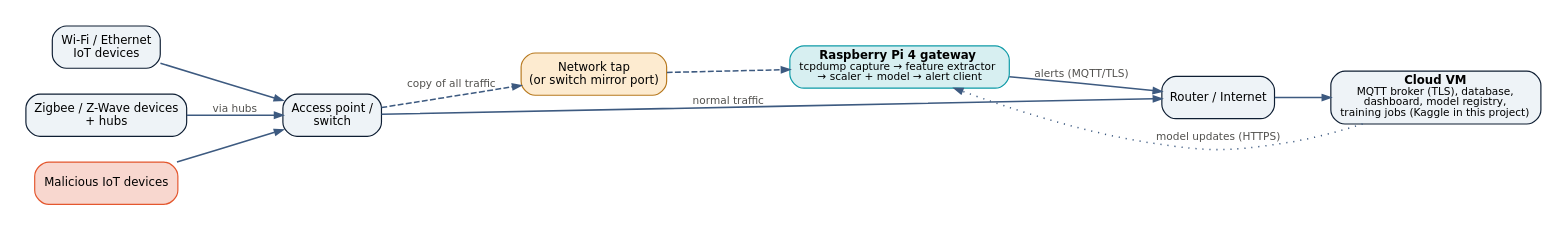
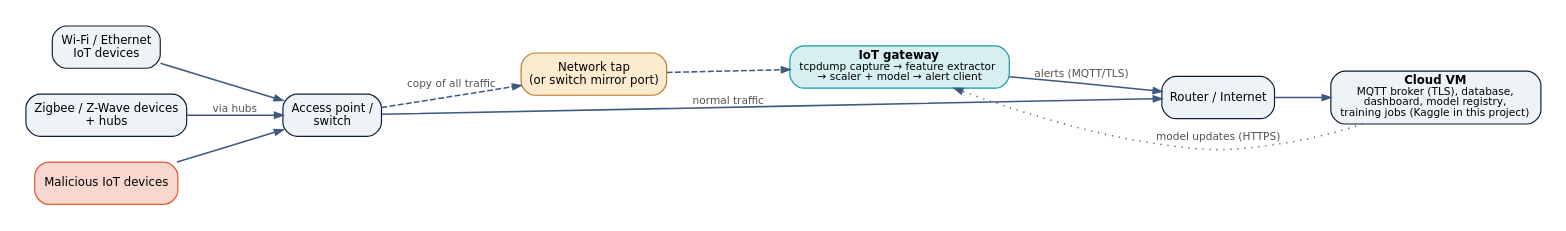
Before and after one commit to Dhruvsandilya0711/IoT_Mini_Project: the diagram in report/diagrams/integration.dot, drawn with Graphviz. The commit also changed 18 other files, not shown here.

```diff
--- a/report/diagrams/integration.dot
+++ b/report/diagrams/integration.dot
@@ -1,20 +1,20 @@
 digraph G {
   graph [rankdir=LR, bgcolor="#ffffff", pad=0.2, nodesep=0.3, ranksep=0.55, fontname="DejaVu Sans"];
   node  [fontname="DejaVu Sans", fontsize=10, color="#0E1E33", style="rounded,filled", fillcolor="#EEF3F7", shape=box];
   edge  [color="#3D5A80", penwidth=1.3, arrowsize=0.7, fontname="DejaVu Sans", fontsize=9, fontcolor="#52514e"];
   wifi [label="Wi-Fi / Ethernet\nIoT devices"];
   zig [label="Zigbee / Z-Wave devices\n+ hubs"];
   mal [label="Malicious IoT devices", fillcolor="#F8D7CF", color="#E4572E"];
   ap [label="Access point /\nswitch"];
   tap [label="Network tap\n(or switch mirror port)", fillcolor="#FDEBD0", color="#B7791F"];
-  pi [label=<<b>Raspberry Pi 4 gateway</b><br/><font point-size="9">tcpdump capture → feature extractor<br/>→ scaler + model → alert client</font>>, fillcolor="#D7EFF1", color="#0E9AA7"];
+  gw [label=<<b>IoT gateway</b><br/><font point-size="9">tcpdump capture → feature extractor<br/>→ scaler + model → alert client</font>>, fillcolor="#D7EFF1", color="#0E9AA7"];
   router [label="Router / Internet"];
   cloud [label=<<b>Cloud VM</b><br/><font point-size="9">MQTT broker (TLS), database,<br/>dashboard, model registry,<br/>training jobs (Kaggle in this project)</font>>];
   wifi -> ap; zig -> ap [label=" via hubs"]; mal -> ap;
   ap -> router [label=" normal traffic"];
   ap -> tap [label=" copy of all traffic", style=dashed];
-  tap -> pi [style=dashed];
-  pi -> router [label=" alerts (MQTT/TLS)"];
+  tap -> gw [style=dashed];
+  gw -> router [label=" alerts (MQTT/TLS)"];
   router -> cloud;
-  cloud -> pi [label=" model updates (HTTPS)", constraint=false, style=dotted];
+  cloud -> gw [label=" model updates (HTTPS)", constraint=false, style=dotted];
 }
```
